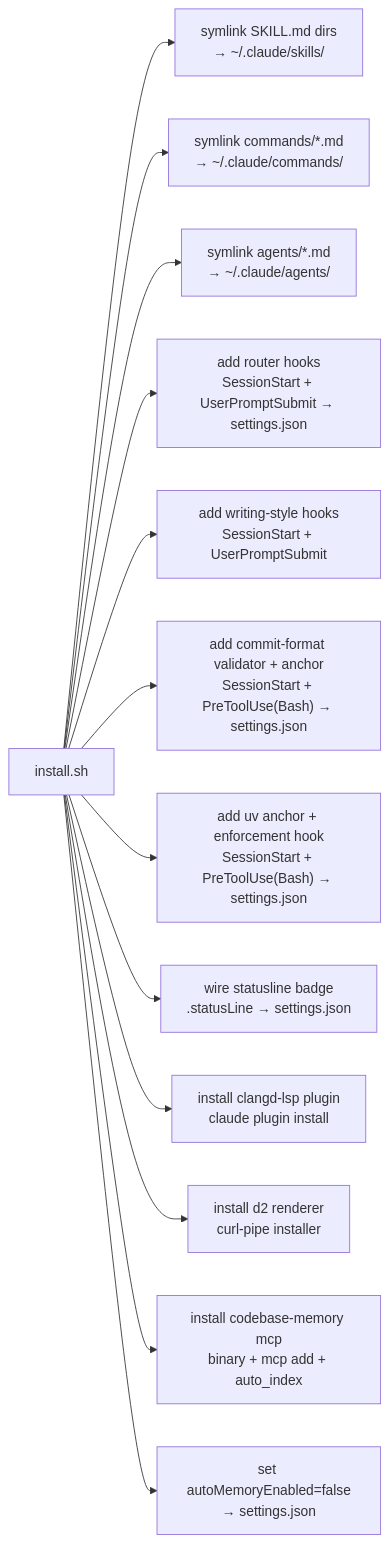
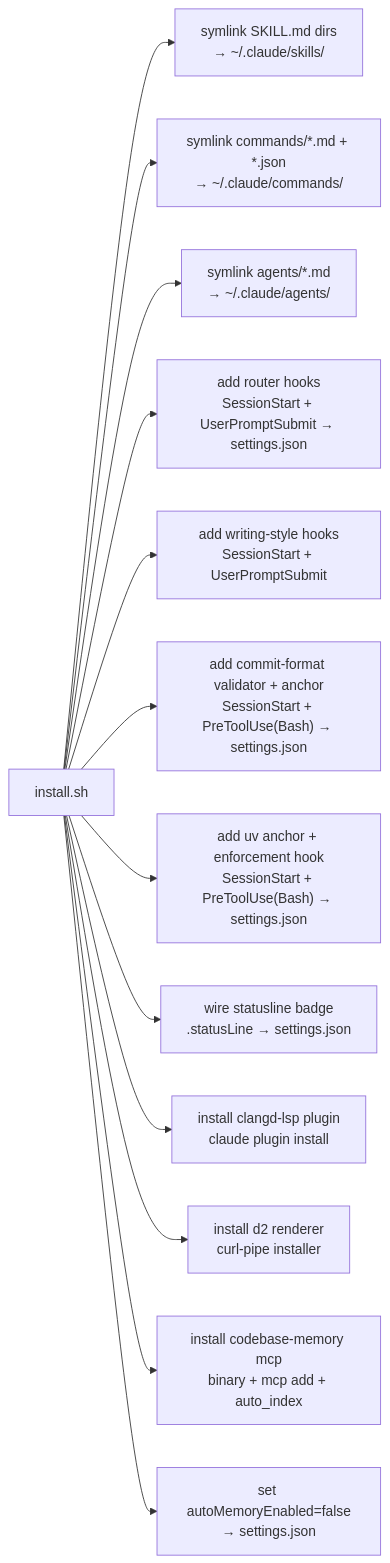
One commit to ubunish/nish-ai changed the first of 4 diagrams in README.md. Above: the diagram before and after it, drawn with Mermaid. The commit also changed other lines of this file and 3 other files, not shown here.

````diff
--- a/README.md
+++ b/README.md
@@ -160,15 +176,15 @@
 ```mermaid
 flowchart LR
     I["install.sh"] --> S["symlink SKILL.md dirs<br/>→ ~/.claude/skills/"]
-    I --> C["symlink commands/*.md<br/>→ ~/.claude/commands/"]
+    I --> C["symlink commands/*.md + *.json<br/>→ ~/.claude/commands/"]
     I --> AG["symlink agents/*.md<br/>→ ~/.claude/agents/"]
     I --> HR["add router hooks<br/>SessionStart + UserPromptSubmit → settings.json"]
     I --> HS["add writing-style hooks<br/>SessionStart + UserPromptSubmit"]
     I --> HV["add commit-format validator + anchor<br/>SessionStart + PreToolUse(Bash) → settings.json"]
     I --> HU["add uv anchor + enforcement hook<br/>SessionStart + PreToolUse(Bash) → settings.json"]
     I --> SL["wire statusline badge<br/>.statusLine → settings.json"]
     I --> PL["install clangd-lsp plugin<br/>claude plugin install"]
     I --> D2["install d2 renderer<br/>curl-pipe installer"]
     I --> MM["install codebase-memory mcp<br/>binary + mcp add + auto_index"]
     I --> M["set autoMemoryEnabled=false<br/>→ settings.json"]
 ```
````
